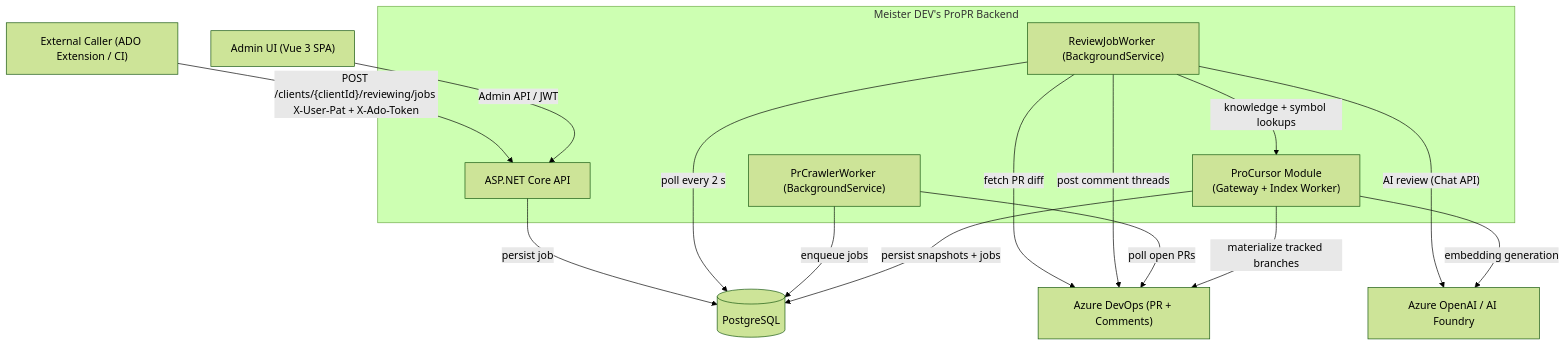
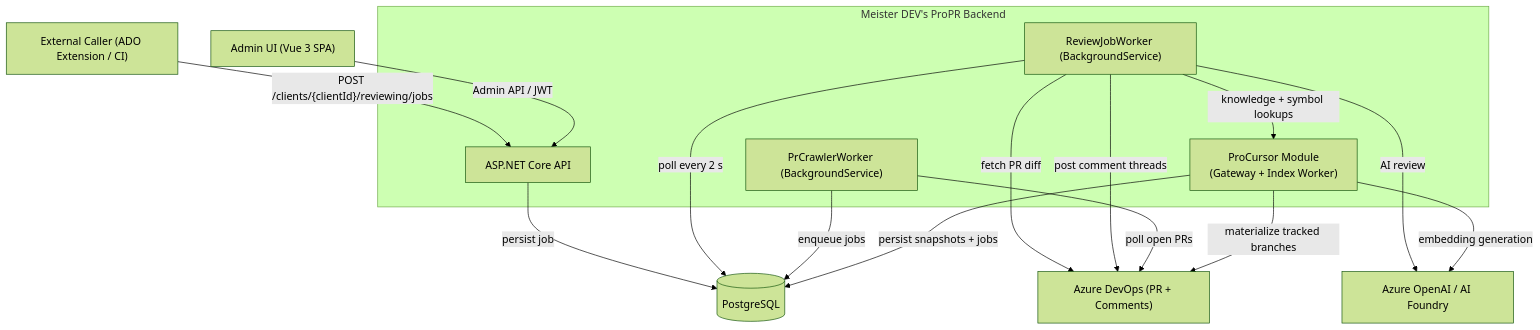
Before and after one commit to meister-dev-ai/propr: the diagram in docs/architecture.md, drawn with Mermaid (forest theme). The commit also changed other lines of this file and 10 other files, not shown here.

````diff
--- a/docs/architecture.md
+++ b/docs/architecture.md
@@ -27,29 +24,29 @@
 ```mermaid
 flowchart TD
     ADO["Azure DevOps (PR + Comments)"]
     AOAI["Azure OpenAI / AI Foundry"]
     EXT["External Caller (ADO Extension / CI)"]
     PG[("PostgreSQL")]
     ADMINUI["Admin UI (Vue 3 SPA)"]
 
     subgraph backend["Meister DEV's ProPR Backend"]
         API["ASP.NET Core API"]
         WORKER["ReviewJobWorker (BackgroundService)"]
         CRAWLER["PrCrawlerWorker (BackgroundService)"]
         PROCURSOR["ProCursor Module\n(Gateway + Index Worker)"]
     end
 
-    EXT -- "POST /clients/{clientId}/reviewing/jobs X-User-Pat + X-Ado-Token" --> API
+    EXT -- "POST /clients/{clientId}/reviewing/jobs" --> API
     ADMINUI -- "Admin API / JWT" --> API
     API -- "persist job" --> PG
     WORKER -- "poll every 2 s" --> PG
     WORKER -- "fetch PR diff" --> ADO
-    WORKER -- "AI review (Chat API)" --> AOAI
+    WORKER -- "AI review" --> AOAI
     WORKER -- "knowledge + symbol lookups" --> PROCURSOR
     WORKER -- "post comment threads" --> ADO
     CRAWLER -- "poll open PRs" --> ADO
     CRAWLER -- "enqueue jobs" --> PG
     PROCURSOR -- "persist snapshots + jobs" --> PG
     PROCURSOR -- "materialize tracked branches" --> ADO
     PROCURSOR -- "embedding generation" --> AOAI
 ```
````
